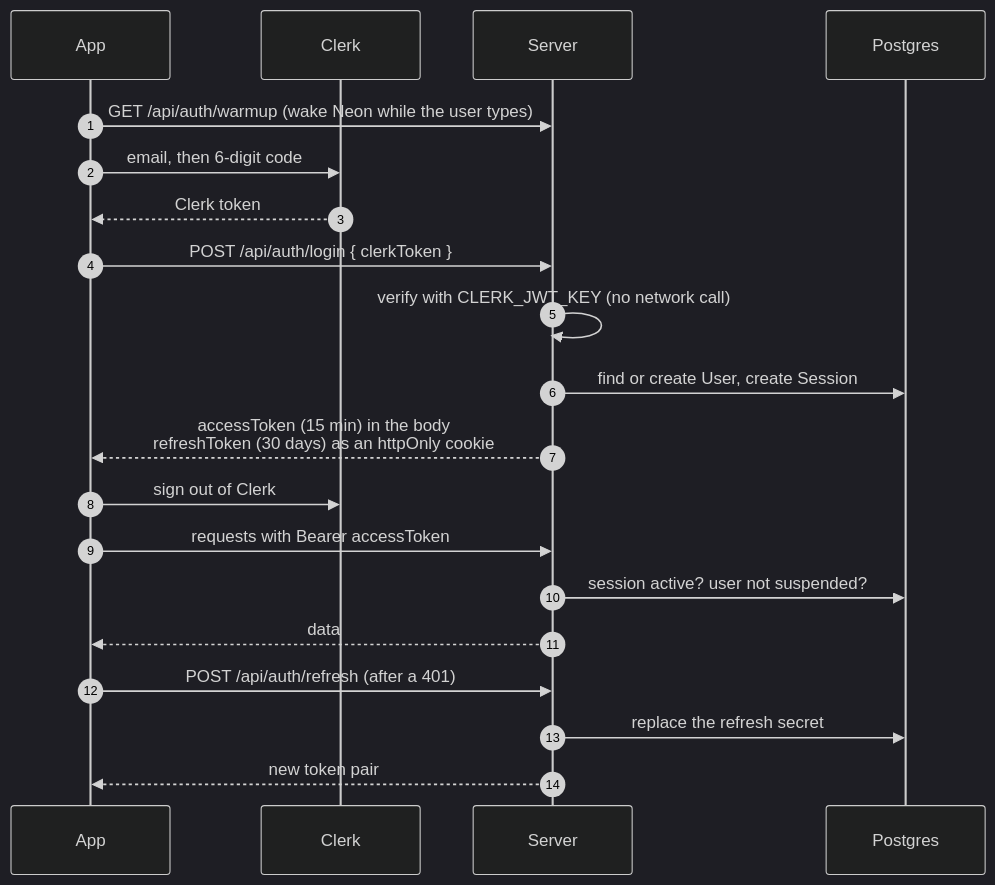
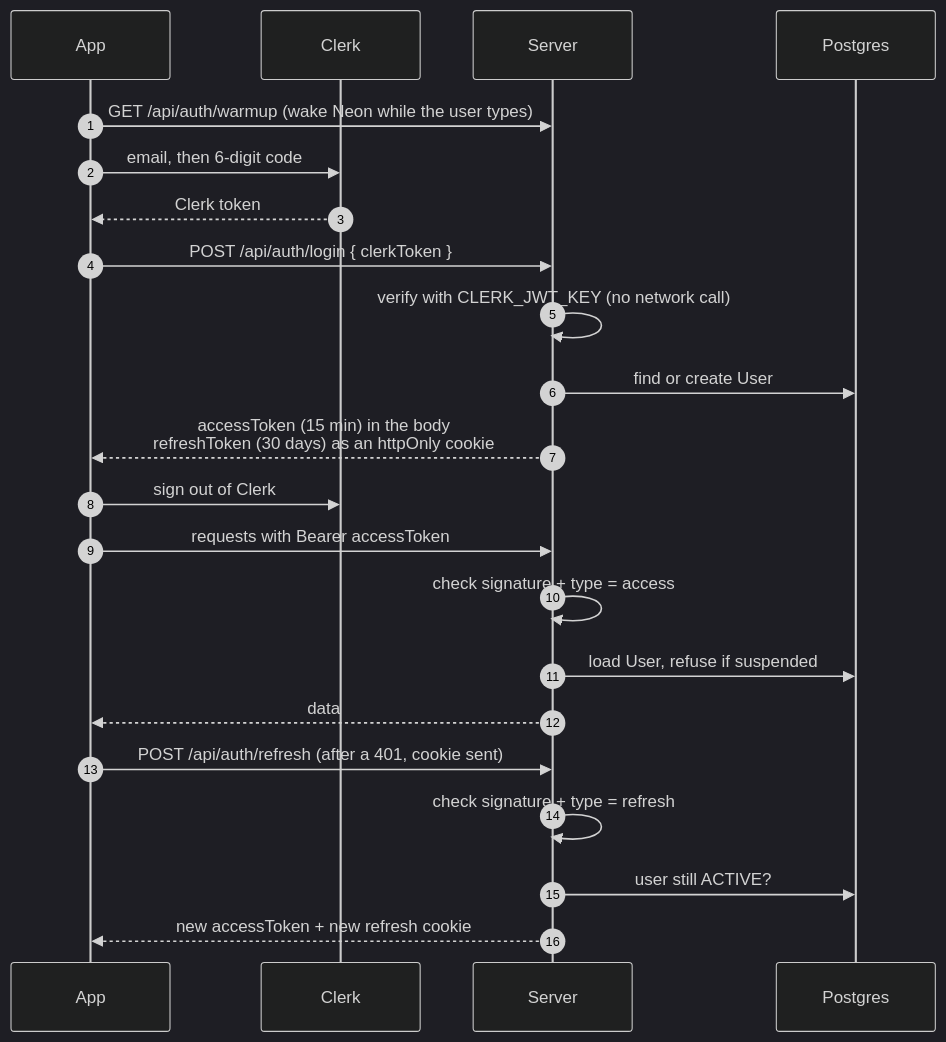
The fifth of 13 diagrams in README.md (yatinsingh2007/HopShare), drawn with Mermaid (dark theme) before and after one commit. The commit also changed other lines of this file and 8 other files, not shown here.

First line of the commit message:
feat(server): stateless JWT refresh tokens, drop the Session table

````diff
--- a/README.md
+++ b/README.md
@@ -220,25 +220,27 @@
 ```mermaid
 sequenceDiagram
     autonumber
     participant App
     participant Clerk
     participant API as Server
     participant DB as Postgres
 
     App->>API: GET /api/auth/warmup (wake Neon while the user types)
     App->>Clerk: email, then 6-digit code
     Clerk-->>App: Clerk token
     App->>API: POST /api/auth/login { clerkToken }
     API->>API: verify with CLERK_JWT_KEY (no network call)
-    API->>DB: find or create User, create Session
+    API->>DB: find or create User
     API-->>App: accessToken (15 min) in the body<br/>refreshToken (30 days) as an httpOnly cookie
     App->>Clerk: sign out of Clerk
 
     App->>API: requests with Bearer accessToken
-    API->>DB: session active? user not suspended?
+    API->>API: check signature + type = access
+    API->>DB: load User, refuse if suspended
     API-->>App: data
 
-    App->>API: POST /api/auth/refresh (after a 401)
-    API->>DB: replace the refresh secret
-    API-->>App: new token pair
+    App->>API: POST /api/auth/refresh (after a 401, cookie sent)
+    API->>API: check signature + type = refresh
+    API->>DB: user still ACTIVE?
+    API-->>App: new accessToken + new refresh cookie
 ```
````
